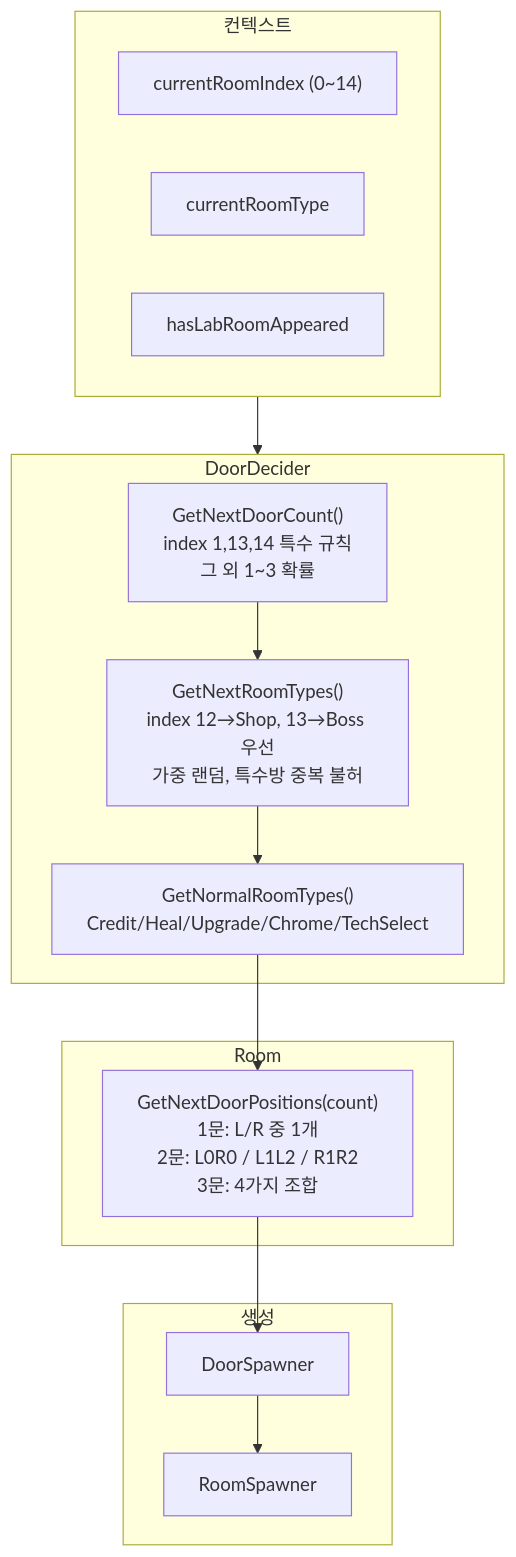
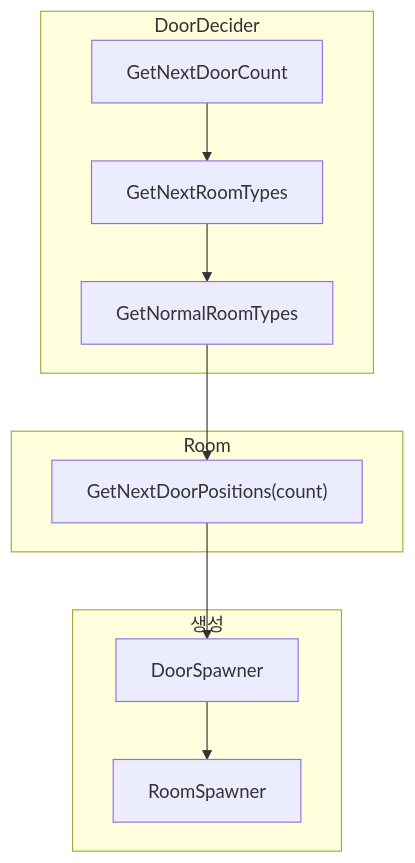
One commit to TeamNemesis/ProjectNemesis changed the second of 5 diagrams in README.md. Above: the diagram before and after it, drawn with Mermaid. The commit also changed other lines of this file, not shown here.

````diff
--- a/README.md
+++ b/README.md
@@ -144,30 +106,22 @@
 ```mermaid
 flowchart TB
-    subgraph Context["컨텍스트"]
-        RoomIndex["currentRoomIndex (0~14)"]
-        RoomType["currentRoomType"]
-        HasLab["hasLabRoomAppeared"]
-    end
-
     subgraph DoorDecider["DoorDecider"]
-        GetCount["GetNextDoorCount()<br/>index 1,13,14 특수 규칙<br/>그 외 1~3 확률"]
-        GetTypes["GetNextRoomTypes()<br/>index 12→Shop, 13→Boss 우선<br/>가중 랜덤, 특수방 중복 불허"]
-        GetNormal["GetNormalRoomTypes()<br/>Credit/Heal/Upgrade/Chrome/TechSelect"]
+        GetCount["GetNextDoorCount"]
+        GetTypes["GetNextRoomTypes"]
+        GetNormal["GetNormalRoomTypes"]
     end
 
     subgraph Room["Room"]
-        GetPos["GetNextDoorPositions(count)<br/>1문: L/R 중 1개<br/>2문: L0R0 / L1L2 / R1R2<br/>3문: 4가지 조합"]
+        GetPos["GetNextDoorPositions(count)"]
     end
 
     subgraph Spawn["생성"]
         DoorSpawner["DoorSpawner"]
         RoomSpawner["RoomSpawner"]
     end
 
-    Context --> DoorDecider
-    GetCount --> GetTypes
-    GetTypes --> GetNormal
+    GetCount --> GetTypes --> GetNormal
     GetNormal --> GetPos
     GetPos --> DoorSpawner
     DoorSpawner --> RoomSpawner
 ```
````
